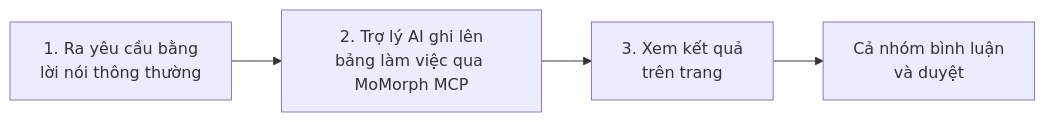
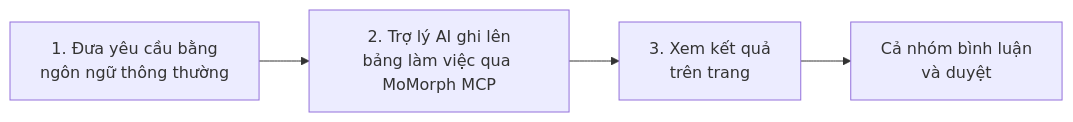
One commit to framgia/momorph-support changed the fifth of 7 diagrams in docs/v2-user-guide.vi.md. Above: the diagram before and after it, drawn with Mermaid. The commit also changed other lines of this file and 14 other files, not shown here.

````diff
--- a/docs/v2-user-guide.vi.md
+++ b/docs/v2-user-guide.vi.md
@@ -189,4 +189,4 @@
 ```mermaid
 flowchart LR
-  U["1. Ra yêu cầu bằng<br>lời nói thông thường"] --> A["2. Trợ lý AI ghi lên<br>bảng làm việc qua MoMorph MCP"] --> R["3. Xem kết quả<br>trên trang"] --> T["Cả nhóm bình luận<br>và duyệt"]
+  U["1. Đưa yêu cầu bằng<br>ngôn ngữ thông thường"] --> A["2. Trợ lý AI ghi lên<br>bảng làm việc qua MoMorph MCP"] --> R["3. Xem kết quả<br>trên trang"] --> T["Cả nhóm bình luận<br>và duyệt"]
 ```
````
